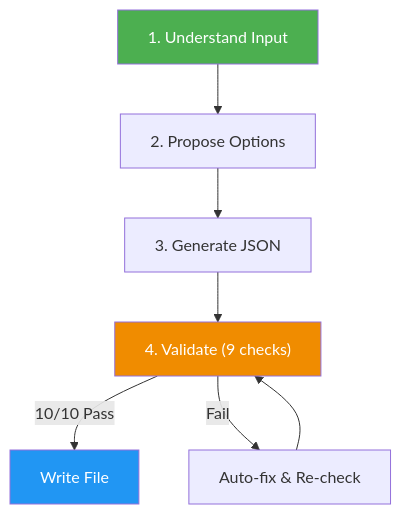
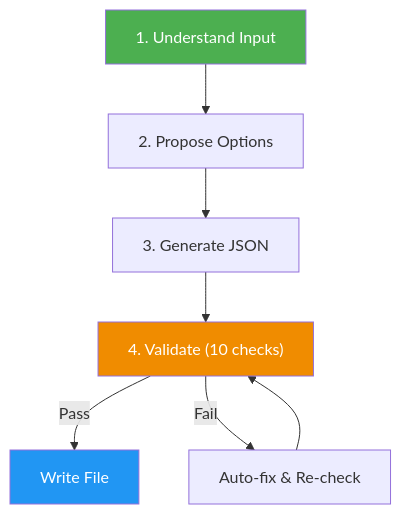
The diagram in skills/excalidraw-generator/README.md (luongnv89/skills), drawn with Mermaid before and after one commit. The commit also changed 3 other files, not shown here.

````diff
--- a/skills/excalidraw-generator/README.md
+++ b/skills/excalidraw-generator/README.md
@@ -27,12 +27,12 @@
 ```mermaid
 graph TD
     A["1. Understand Input"] --> B["2. Propose Options"]
     B --> C["3. Generate JSON"]
-    C --> D["4. Validate (9 checks)"]
-    D -->|"10/10 Pass"| E["Write File"]
+    C --> D["4. Validate (10 checks)"]
+    D -->|Pass| E["Write File"]
     D -->|Fail| F["Auto-fix & Re-check"]
     F --> D
     style A fill:#4CAF50,color:#fff
     style E fill:#2196F3,color:#fff
     style D fill:#f08c00,color:#fff
 ```
````
